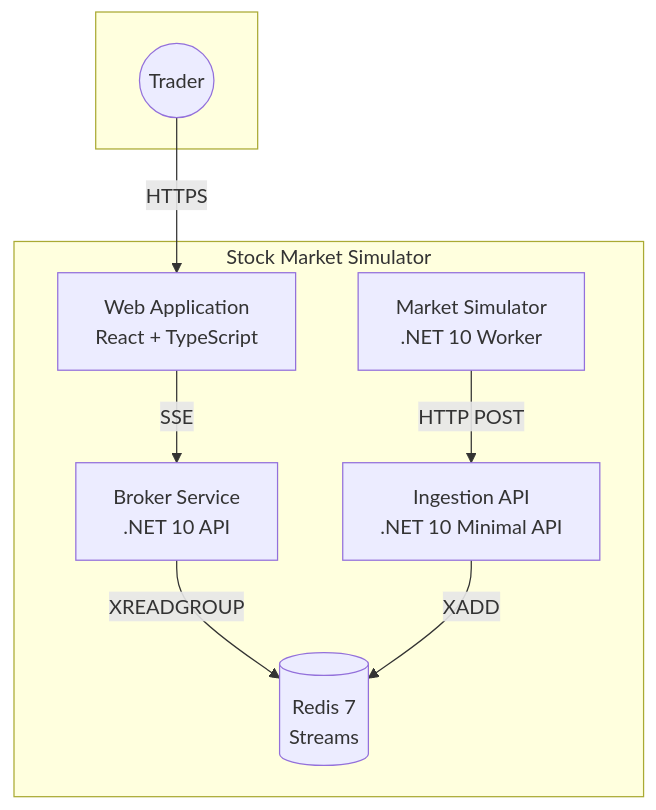
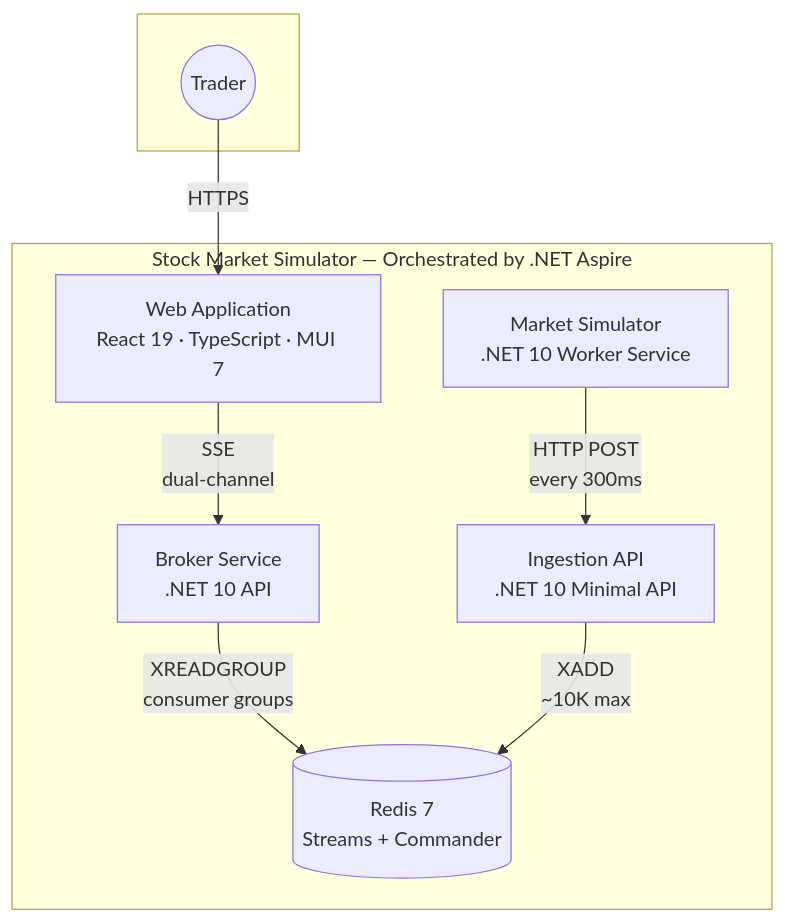
Before and after one commit to raj-champion-trader/rajchampaneriya.github.io: the second of 10 diagrams in hugo-site/content/projects/stock-market-simulator/index.md, drawn with Mermaid. The commit also changed other lines of this file and 4 other files, not shown here.

First line of the commit message:
Enhance Stock Market Simulator documentation and architecture details

````diff
--- a/hugo-site/content/projects/stock-market-simulator/index.md
+++ b/hugo-site/content/projects/stock-market-simulator/index.md
@@ -64,24 +66,24 @@
 ```mermaid
 flowchart TB
     subgraph User[" "]
         Trader((Trader))
     end
 
-    subgraph StockMarketSimulator["Stock Market Simulator"]
-        WebApp["Web Application\nReact + TypeScript"]
+    subgraph Aspire["Stock Market Simulator — Orchestrated by .NET Aspire"]
+        WebApp["Web Application<br/>React 19 · TypeScript · MUI 7"]
         
-        BrokerService["Broker Service\n.NET 10 API"]
+        BrokerService["Broker Service<br/>.NET 10 API"]
         
-        IngestionAPI["Ingestion API\n.NET 10 Minimal API"]
+        IngestionAPI["Ingestion API<br/>.NET 10 Minimal API"]
         
-        MarketSimulator["Market Simulator\n.NET 10 Worker"]
+        MarketSimulator["Market Simulator<br/>.NET 10 Worker Service"]
         
-        RedisDB[("Redis 7\nStreams")]
+        RedisDB[("Redis 7<br/>Streams + Commander")]
     end
 
     Trader -->|HTTPS| WebApp
-    WebApp -->|SSE| BrokerService
-    BrokerService -->|XREADGROUP| RedisDB
-    IngestionAPI -->|XADD| RedisDB
-    MarketSimulator -->|HTTP POST| IngestionAPI
+    WebApp -->|SSE<br/>dual-channel| BrokerService
+    BrokerService -->|XREADGROUP<br/>consumer groups| RedisDB
+    IngestionAPI -->|XADD<br/>~10K max| RedisDB
+    MarketSimulator -->|HTTP POST<br/>every 300ms| IngestionAPI
 ```
````
